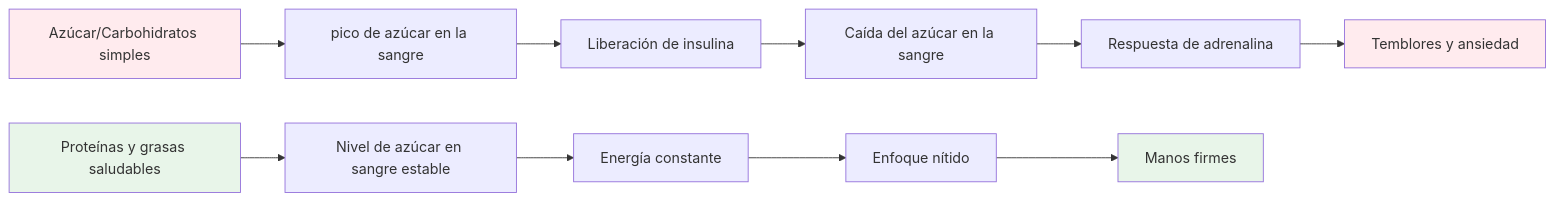
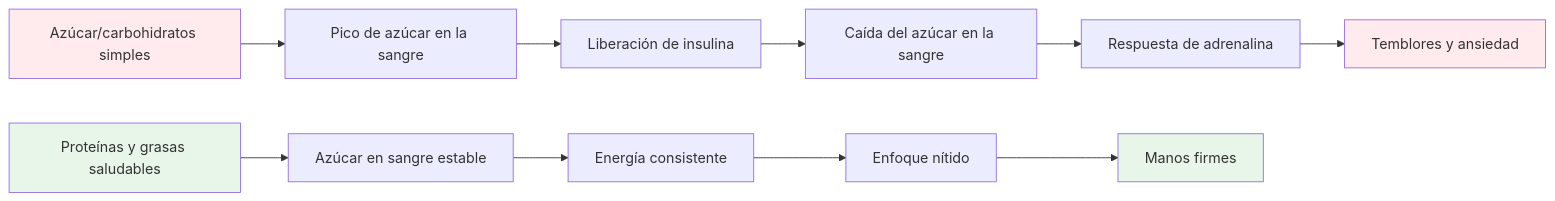
One commit to patwii/petanque-academy changed the diagram in docs/es/education/nutrition/index.md. Above: the diagram before and after it, drawn with Mermaid. The commit also changed other lines of this file and 7 other files, not shown here.

````diff
--- a/docs/es/education/nutrition/index.md
+++ b/docs/es/education/nutrition/index.md
@@ -9,18 +9,18 @@
 ```mermaid
 graph LR
-    A[Azúcar/Carbohidratos simples] --> B[pico de azúcar en la sangre]
+    A[Azúcar/carbohidratos simples] --> B[Pico de azúcar en la sangre]
     B --> C[Liberación de insulina]
     C --> D[Caída del azúcar en la sangre]
     D --> E[Respuesta de adrenalina]
     E --> F[Temblores y ansiedad]
 
-    G[Proteínas y grasas saludables] --> H[Nivel de azúcar en sangre estable]
-    H --> I[Energía constante]
+    G[Proteínas y grasas saludables] --> H[Azúcar en sangre estable]
+    H --> I[Energía consistente]
     I --> J[Enfoque nítido]
     J --> K[Manos firmes]
 
     style A fill:#ffebee
     style F fill:#ffebee
     style G fill:#e8f5e9
     style K fill:#e8f5e9
 ```
````
